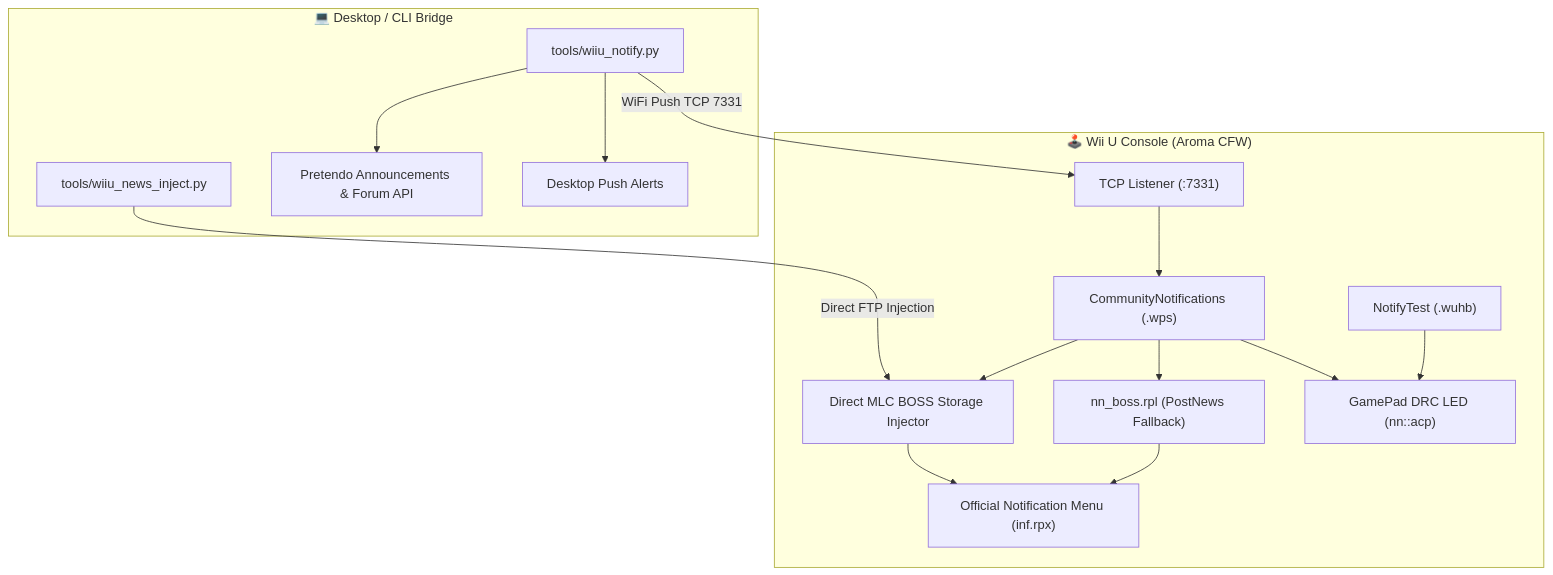
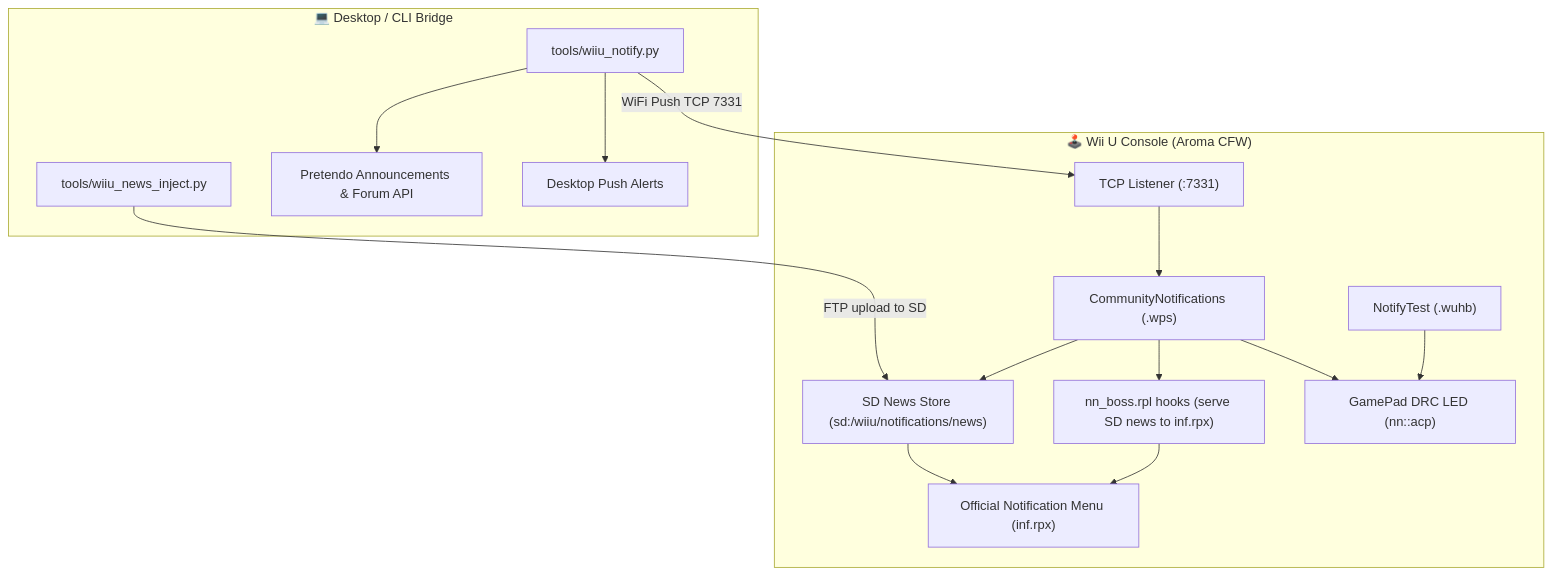
The diagram in README.md (programmerBober/wiiu-community-notifications), drawn with Mermaid before and after one commit. The commit also changed other lines of this file and 8 other files, not shown here.

Commit message:
feat(storage): move notifications to SD card, serve them to inf.rpx via nn_boss hooks (zero MLC writes)

````diff
--- a/README.md
+++ b/README.md
@@ -29,31 +29,31 @@
 ```mermaid
 flowchart TD
     subgraph Desktop ["💻 Desktop / CLI Bridge"]
         CLI["tools/wiiu_notify.py"]
         InjectTool["tools/wiiu_news_inject.py"]
         PretendoAPI["Pretendo Announcements &amp; Forum API"]
         DesktopAlerts["Desktop Push Alerts"]
         CLI --> PretendoAPI
         CLI --> DesktopAlerts
     end
 
     subgraph WiiU ["🕹️ Wii U Console (Aroma CFW)"]
         TCP["TCP Listener (:7331)"]
         TestApp["NotifyTest (.wuhb)"]
         Plugin["CommunityNotifications (.wps)"]
-        BossEngine["Direct MLC BOSS Storage Injector"]
-        BossFallback["nn_boss.rpl (PostNews Fallback)"]
+        BossEngine["SD News Store (sd:/wiiu/notifications/news)"]
+        BossFallback["nn_boss.rpl hooks (serve SD news to inf.rpx)"]
         OfficialMenu["Official Notification Menu (inf.rpx)"]
         GamePadLED["GamePad DRC LED (nn::acp)"]
 
         CLI -->|WiFi Push TCP 7331| TCP
-        InjectTool -->|Direct FTP Injection| BossEngine
+        InjectTool -->|FTP upload to SD| BossEngine
         TCP --> Plugin
         Plugin --> BossEngine
         Plugin --> BossFallback
         BossEngine --> OfficialMenu
         BossFallback --> OfficialMenu
         Plugin --> GamePadLED
         TestApp --> GamePadLED
     end
 ```
````
